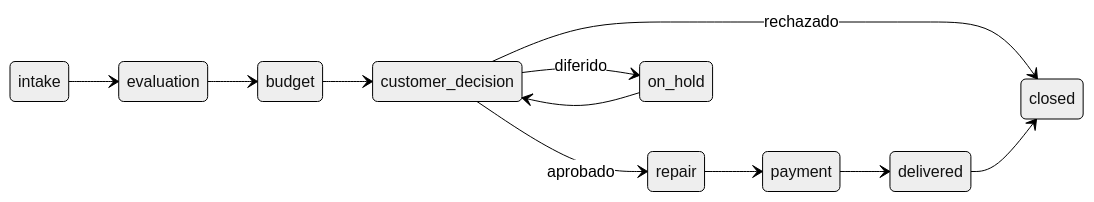
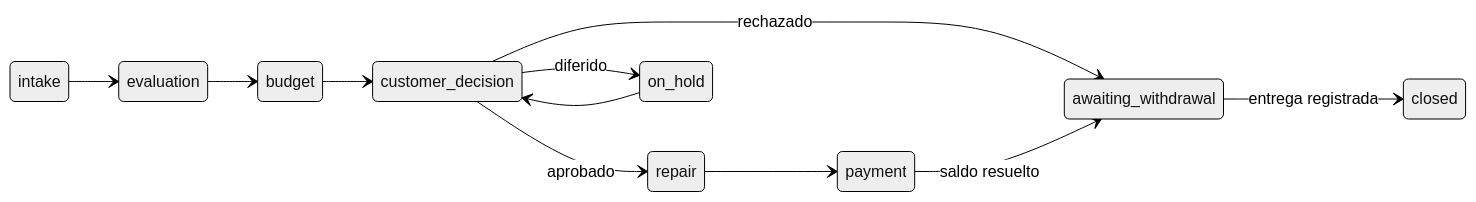
One commit to monocs16/DigitronApp changed the first of 3 diagrams in README.md. Above: the diagram before and after it, drawn with Mermaid (neutral theme). The commit also changed other lines of this file and 36 other files, not shown here.

````diff
--- a/README.md
+++ b/README.md
@@ -86,14 +86,14 @@
 ```mermaid
 stateDiagram-v2
   direction LR
   intake --> evaluation
   evaluation --> budget
   budget --> customer_decision
   customer_decision --> repair: aprobado
   customer_decision --> on_hold: diferido
-  customer_decision --> closed: rechazado
+  customer_decision --> awaiting_withdrawal: rechazado
   on_hold --> customer_decision
   repair --> payment
-  payment --> delivered
-  delivered --> closed
+  payment --> awaiting_withdrawal: saldo resuelto
+  awaiting_withdrawal --> closed: entrega registrada
 ```
````
